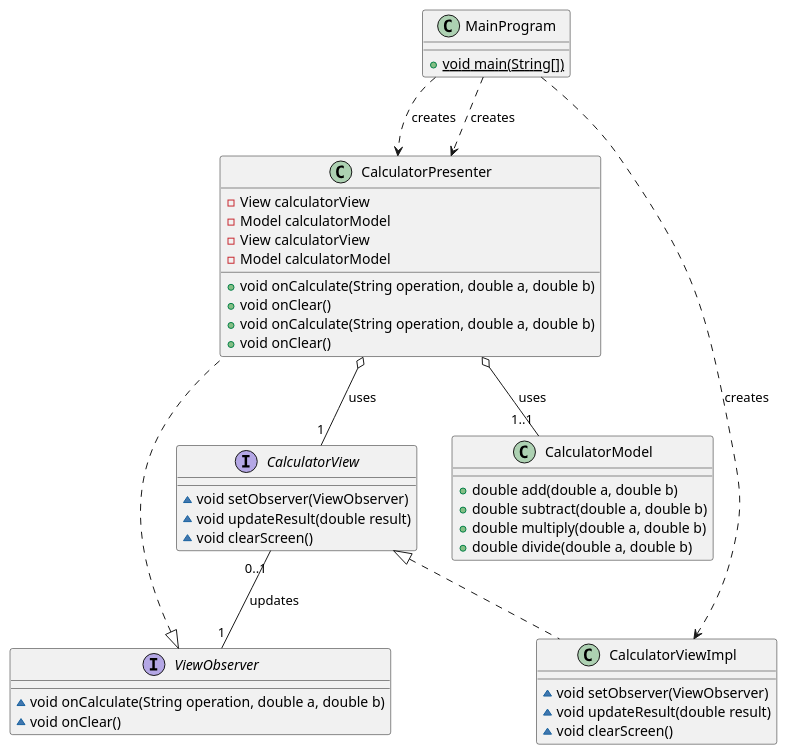
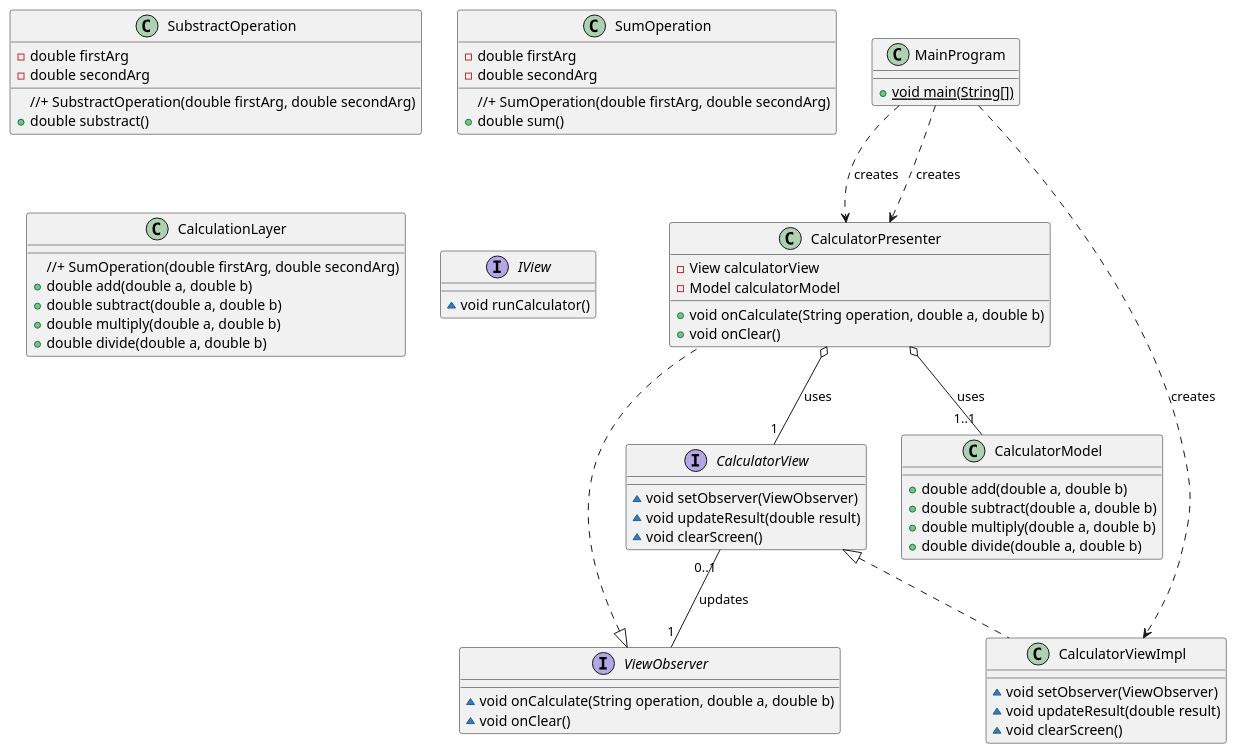
One commit to AlexandrAidarov/Git_ED_architecture changed the diagram in calculatorMVC/example.puml. Above: the diagram before and after it, drawn with PlantUML.

Commit message:
LessonFive.1

```diff
--- a/calculatorMVC/example.puml
+++ b/calculatorMVC/example.puml
@@ -1,66 +1,85 @@
 @startuml
 ' Определение классов и интерфейсов
-class CalculatorPresenter {
-  - View calculatorView
-  - Model calculatorModel
-  + void onCalculate(String operation, double a, double b)
-  + void onClear()
+class SubstractOperation {
+  //+ SubstractOperation(double firstArg, double secondArg)
+  + double substract()
+  - double firstArg
+  - double secondArg
 }
 
+class SumOperation {
+  //+ SumOperation(double firstArg, double secondArg)
+  + double sum()
+  - double firstArg
+  - double secondArg
+}
+
+class CalculationLayer {
+  //+ SumOperation(double firstArg, double secondArg)
+  + double add(double a, double b)
+  + double subtract(double a, double b)
+  + double multiply(double a, double b)
+  + double divide(double a, double b)
+
+}
+
+interface IView {
+  ~ void runCalculator()
+}
 
 
 
 
 class CalculatorPresenter {
   - View calculatorView
   - Model calculatorModel
   + void onCalculate(String operation, double a, double b)
   + void onClear()
 }
 
 class CalculatorModel {
   + double add(double a, double b)
   + double subtract(double a, double b)
   + double multiply(double a, double b)
   + double divide(double a, double b)
 }
 
 interface CalculatorView {
   ~ void setObserver(ViewObserver)
   ~ void updateResult(double result)
   ~ void clearScreen()
 }
 
 class MainProgram {
   + {static} void main(String[])
 }
 
 interface ViewObserver {
   ~ void onCalculate(String operation, double a, double b)
   ~ void onClear()
 }
 
 class CalculatorViewImpl {
   ~ void setObserver(ViewObserver)
   ~ void updateResult(double result)
   ~ void clearScreen()
 }
 
 ' Реализация интерфейса
 ViewObserver <|.. CalculatorPresenter
 CalculatorView <|.. CalculatorViewImpl
 
 ' Агрегация в UML отображается пустым ромбом
 CalculatorPresenter o-- "1" CalculatorView : uses
 CalculatorPresenter o-- "1..1" CalculatorModel : uses
 
 ' Зависимость
 'MainProgram ..> ViewObserver : initiates
 ' Зависимость: MainProgram зависит от CalculatorPresenter для инициализации
 MainProgram ..> CalculatorPresenter : creates
 MainProgram ..> CalculatorViewImpl : creates
 MainProgram ..> CalculatorPresenter : creates
 
 ' Ассоциация с мультипликатором
 CalculatorView "0..1" -- "1" ViewObserver : updates
 @enduml
```
